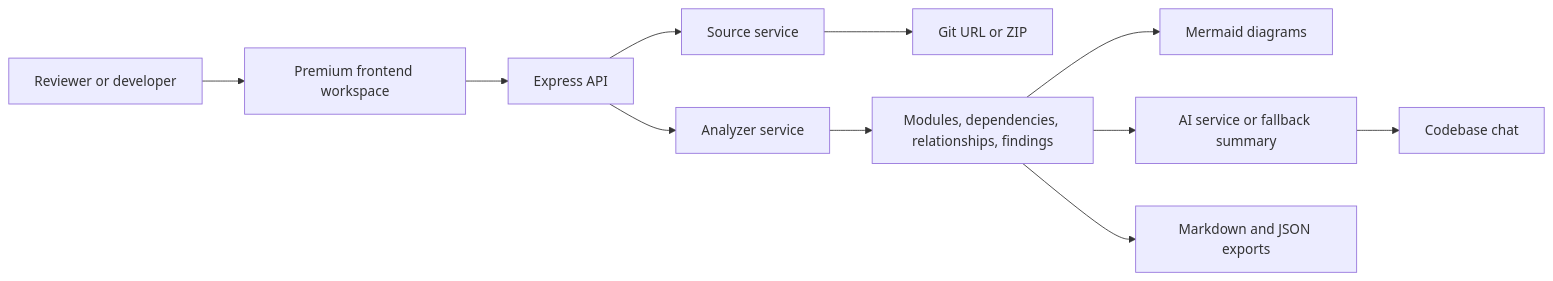
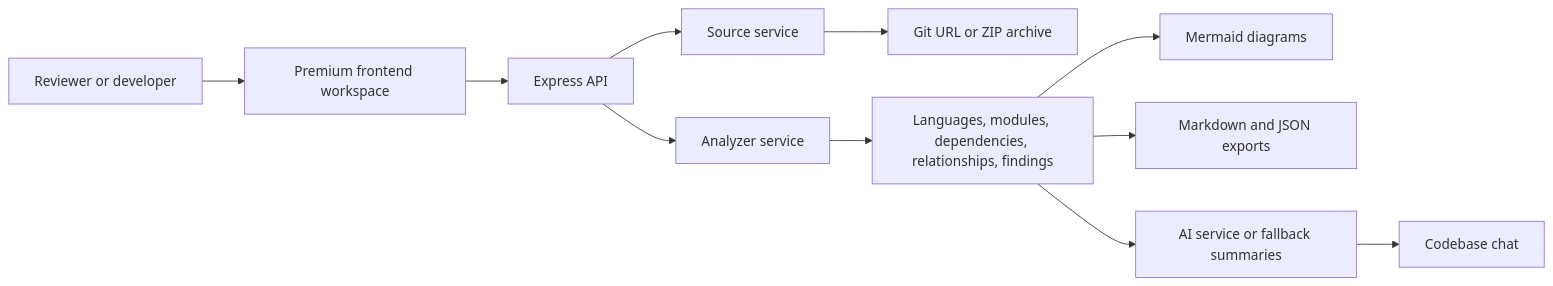
One commit to agarwalujala3-lang/LumenStack-AI changed the diagram in README.md. Above: the diagram before and after it, drawn with Mermaid. The commit also changed other lines of this file and 1 other file, not shown here.

````diff
--- a/README.md
+++ b/README.md
@@ -88,13 +117,13 @@
 ```mermaid
 flowchart LR
-  User[Reviewer or developer] --> UI[Premium frontend workspace]
-  UI --> API[Express API]
-  API --> Source[Source service]
-  Source --> Repo[Git URL or ZIP]
+  Reviewer[Reviewer or developer] --> Frontend[Premium frontend workspace]
+  Frontend --> API[Express API]
+  API --> Intake[Source service]
+  Intake --> Source[Git URL or ZIP archive]
   API --> Analyzer[Analyzer service]
-  Analyzer --> Signals[Modules, dependencies, relationships, findings]
+  Analyzer --> Signals[Languages, modules, dependencies, relationships, findings]
   Signals --> Diagrams[Mermaid diagrams]
-  Signals --> AI[AI service or fallback summary]
+  Signals --> Export[Markdown and JSON exports]
+  Signals --> AI[AI service or fallback summaries]
   AI --> Chat[Codebase chat]
-  Signals --> Export[Markdown and JSON exports]
 ```
````
